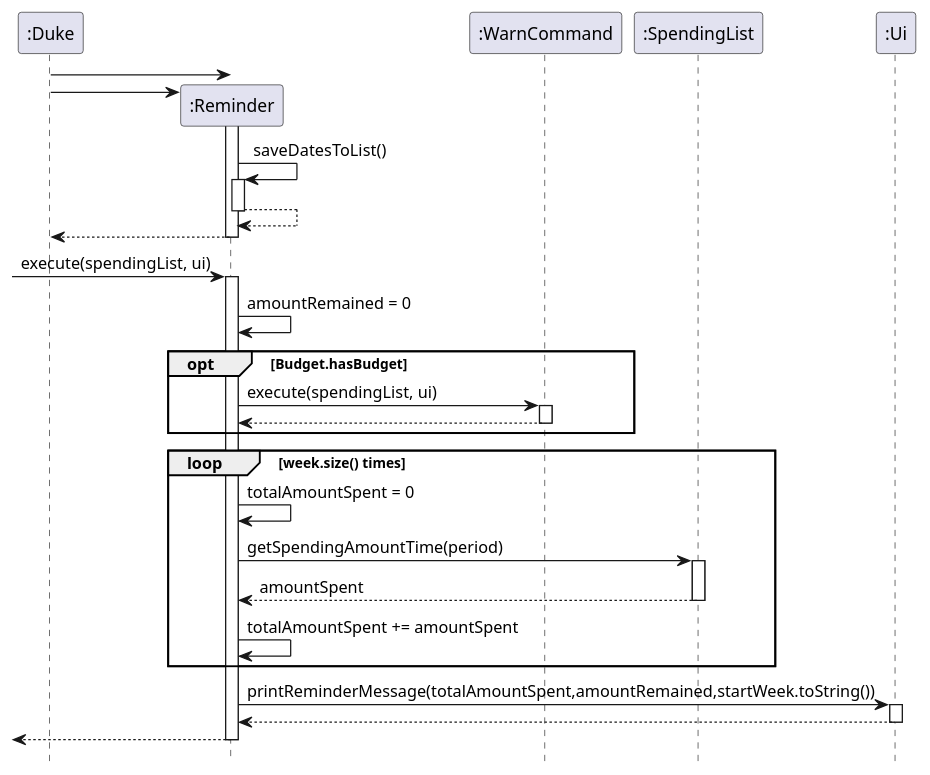
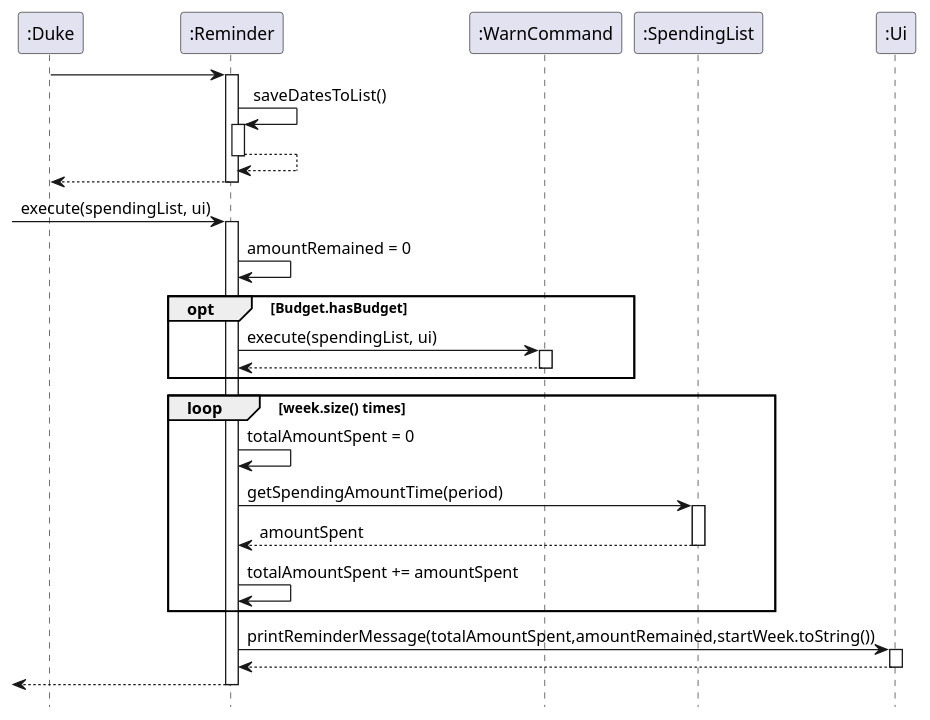
One commit to xieyaoyue/tp changed the diagram in src/uml/reminder.puml. Above: the diagram before and after it, drawn with PlantUML. The commit also changed 46 other files, not shown here.

Commit message:
packaged classes and add uml diagrams

```diff
--- a/src/uml/reminder.puml
+++ b/src/uml/reminder.puml
@@ -1,48 +1,46 @@
 @startuml
 hide footbox
 
-":Duke" -> ":Reminder"
-create ":Reminder"
 ":Duke" -> ":Reminder"
 activate ":Reminder"
 
 ":Reminder" -> ":Reminder" : saveDatesToList()
 activate ":Reminder"
 ":Reminder" --> ":Reminder"
 deactivate ":Reminder"
 ":Reminder" --> ":Duke"
 deactivate ":Reminder"
 
 
 ->":Reminder" : execute(spendingList, ui)
 
 activate ":Reminder"
 
 ":Reminder" -> ":Reminder" : amountRemained = 0
 
 opt Budget.hasBudget
 ":Reminder" -> ":WarnCommand" : execute(spendingList, ui)
 activate ":WarnCommand"
 ":WarnCommand" --> ":Reminder"
 deactivate ":WarnCommand"
 end
 
 loop week.size() times
 ":Reminder" -> ":Reminder" : totalAmountSpent = 0
 ":Reminder" -> ":SpendingList" : getSpendingAmountTime(period)
 activate ":SpendingList"
 ":SpendingList" --> ":Reminder" : amountSpent
 deactivate ":SpendingList"
 
 ":Reminder" -> ":Reminder" :totalAmountSpent += amountSpent
 
 end
 
 ":Reminder" -> ":Ui" : printReminderMessage(totalAmountSpent,amountRemained,startWeek.toString())
 activate ":Ui"
 ":Ui" --> ":Reminder"
 deactivate ":Ui"
 <-- ":Reminder"
 deactivate ":Reminder"
 
 @enduml
```
